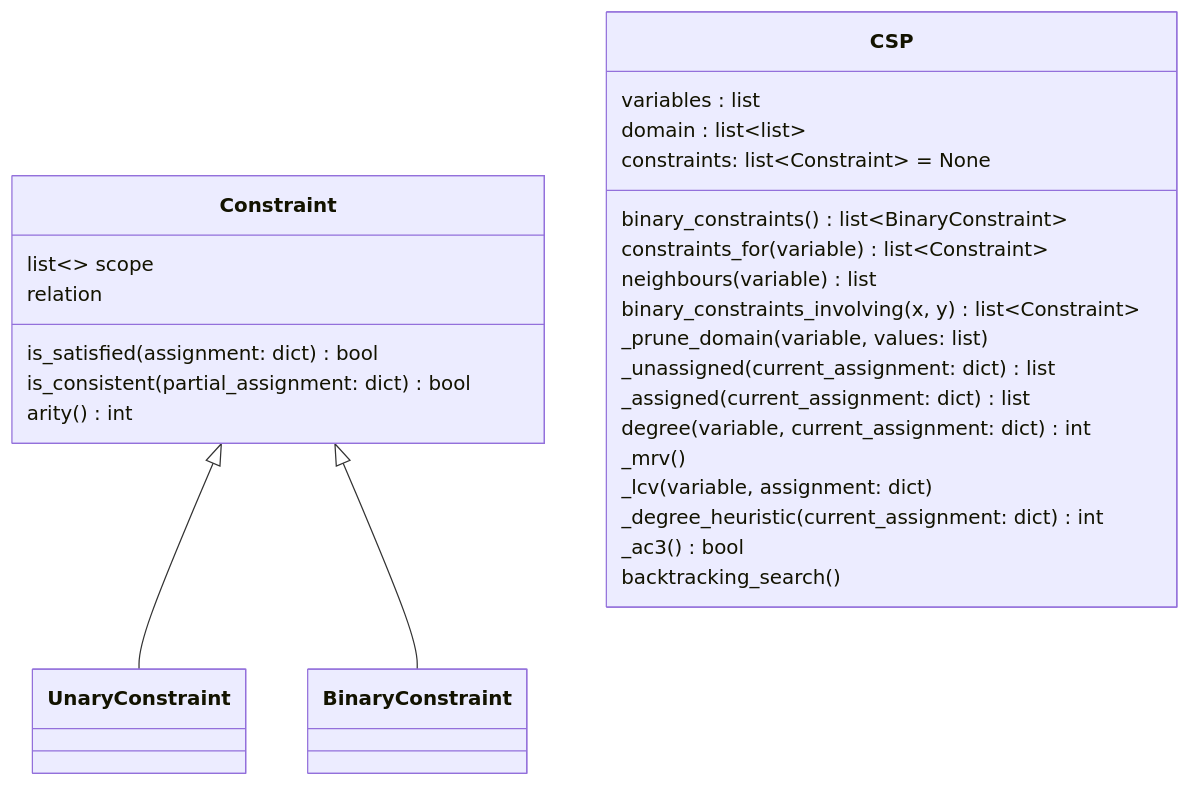
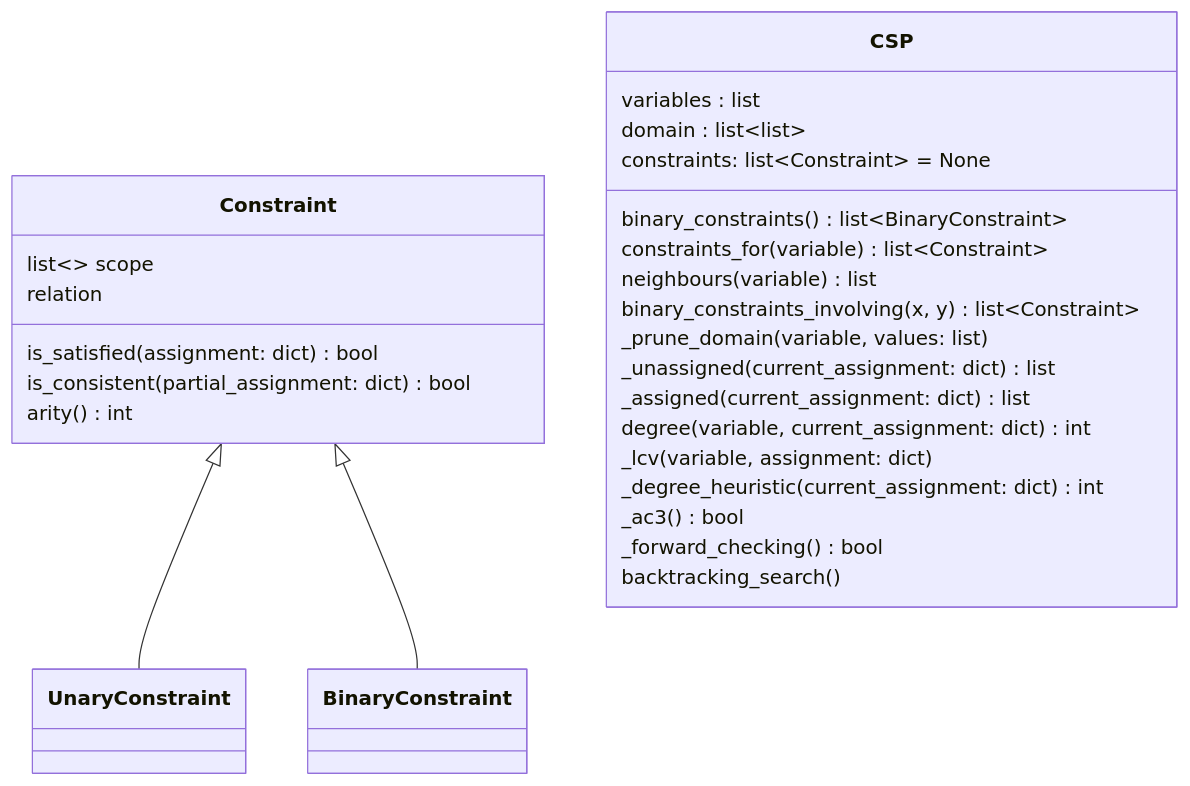
Before and after one commit to juliadeg/Labyrinth: the first of 2 diagrams in UML.md, drawn with Mermaid. The commit also changed 11 other files, not shown here.

````diff
--- a/UML.md
+++ b/UML.md
@@ -4,60 +4,58 @@
 ```mermaid
 classDiagram
 
     class Constraint {
         list~~ scope
         relation
 
         is_satisfied(assignment: dict) bool
         is_consistent(partial_assignment: dict) bool
 
         arity() int
     }
     
     class UnaryConstraint{
 
         }
 
     Constraint <|-- UnaryConstraint
 
     class BinaryConstraint{
         
     }
 
     Constraint <|-- BinaryConstraint
 
     class CSP {
         variables : list 
         domain : list~list~
         constraints: list~Constraint~ = None
 
         binary_constraints() list~BinaryConstraint~
 
         constraints_for(variable) list~Constraint~
         
         neighbours(variable) list
         
         binary_constraints_involving(x, y) list~Constraint~
 
         _prune_domain(variable, values: list)
 
         _unassigned(current_assignment: dict) list
 
         _assigned(current_assignment: dict) list 
 
         degree(variable, current_assignment: dict) int
-        
-        _mrv()
-
-        
 
         _lcv(variable, assignment: dict) 
 
         _degree_heuristic(current_assignment: dict) int
 
         _ac3() bool
 
+        _forward_checking() bool
+
         backtracking_search()
     }
 
 ```
````
